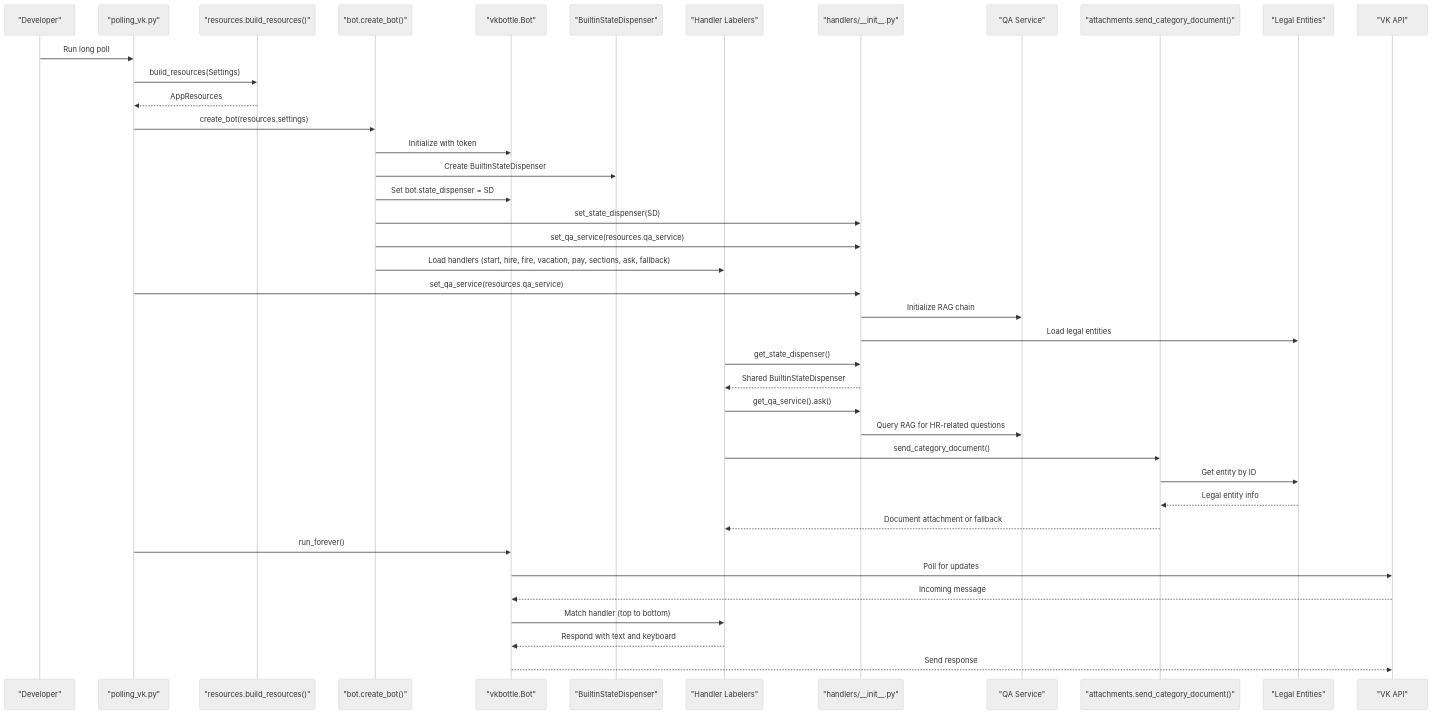
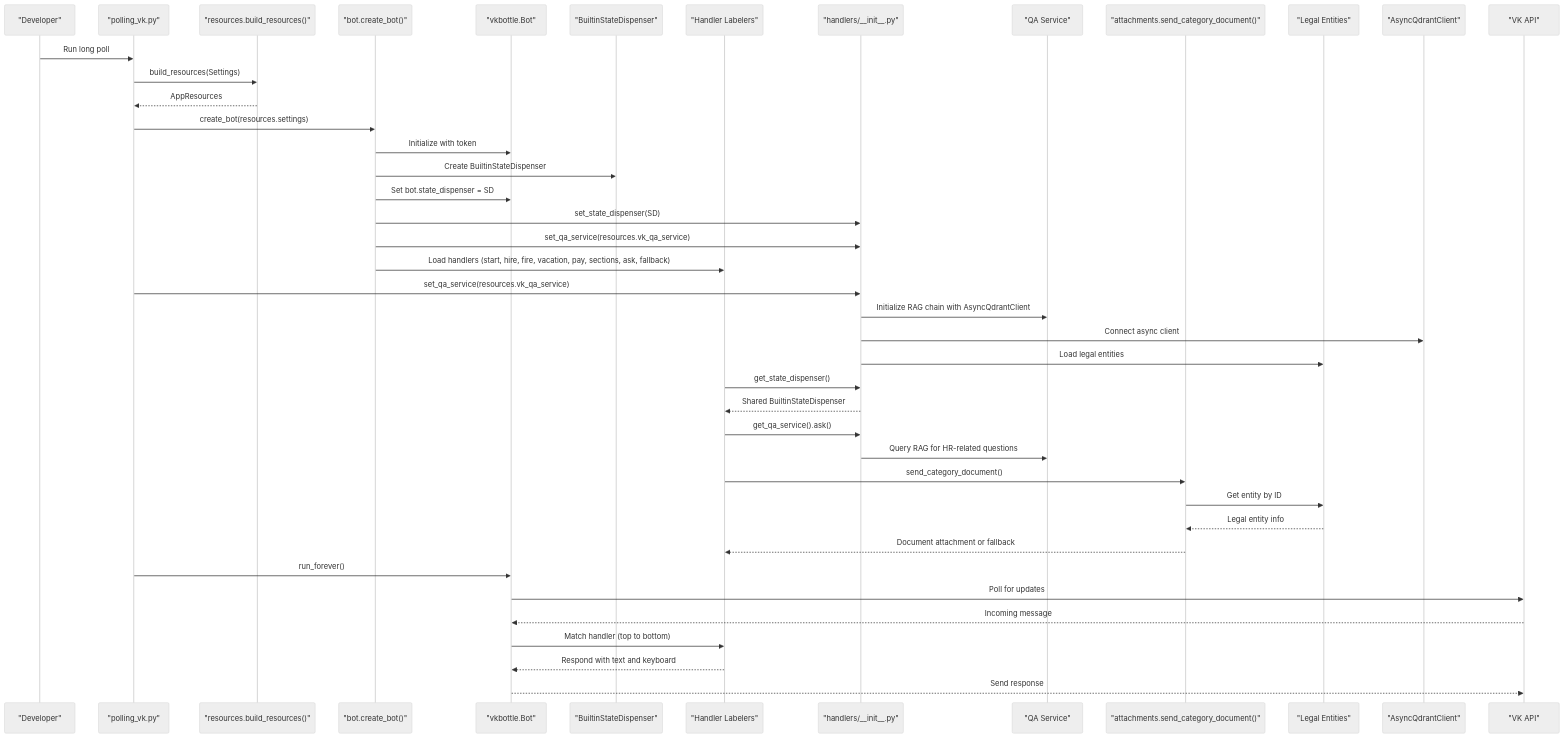
One commit to ognelis/cafetera_hr_bot changed the second of 25 diagrams in .qoder/repowiki/en/content/VK Integration/VK Integration.md. Above: the diagram before and after it, drawn with Mermaid (neutral theme). The commit also changed other lines of this file and 25 other files, not shown here.

````diff
--- a/.qoder/repowiki/en/content/VK Integration/VK Integration.md
+++ b/.qoder/repowiki/en/content/VK Integration/VK Integration.md
@@ -253,42 +244,44 @@
 ```mermaid
 sequenceDiagram
 participant Dev as "Developer"
 participant Script as "polling_vk.py"
 participant Resources as "resources.build_resources()"
 participant Factory as "bot.create_bot()"
 participant Bot as "vkbottle.Bot"
 participant SD as "BuiltinStateDispenser"
 participant Labelers as "Handler Labelers"
 participant Utils as "handlers/__init__.py"
 participant QA as "QA Service"
 participant Attachments as "attachments.send_category_document()"
 participant Entities as "Legal Entities"
+participant Qdrant as "AsyncQdrantClient"
 participant VK as "VK API"
 Dev->>Script : Run long poll
 Script->>Resources : build_resources(Settings)
 Resources-->>Script : AppResources
 Script->>Factory : create_bot(resources.settings)
 Factory->>Bot : Initialize with token
 Factory->>SD : Create BuiltinStateDispenser
 Factory->>Bot : Set bot.state_dispenser = SD
 Factory->>Utils : set_state_dispenser(SD)
-Factory->>Utils : set_qa_service(resources.qa_service)
+Factory->>Utils : set_qa_service(resources.vk_qa_service)
 Factory->>Labelers : Load handlers (start, hire, fire, vacation, pay, sections, ask, fallback)
-Script->>Utils : set_qa_service(resources.qa_service)
-Utils->>QA : Initialize RAG chain
+Script->>Utils : set_qa_service(resources.vk_qa_service)
+Utils->>QA : Initialize RAG chain with AsyncQdrantClient
+Utils->>Qdrant : Connect async client
 Utils->>Entities : Load legal entities
 Labelers->>Utils : get_state_dispenser()
 Utils-->>Labelers : Shared BuiltinStateDispenser
 Labelers->>Utils : get_qa_service().ask()
 Utils->>QA : Query RAG for HR-related questions
 Labelers->>Attachments : send_category_document()
 Attachments->>Entities : Get entity by ID
 Entities-->>Attachments : Legal entity info
 Attachments-->>Labelers : Document attachment or fallback
 Script->>Bot : run_forever()
 Bot->>VK : Poll for updates
 VK-->>Bot : Incoming message
 Bot->>Labelers : Match handler (top to bottom)
 Labelers-->>Bot : Respond with text and keyboard
 Bot-->>VK : Send response
 ```
````
